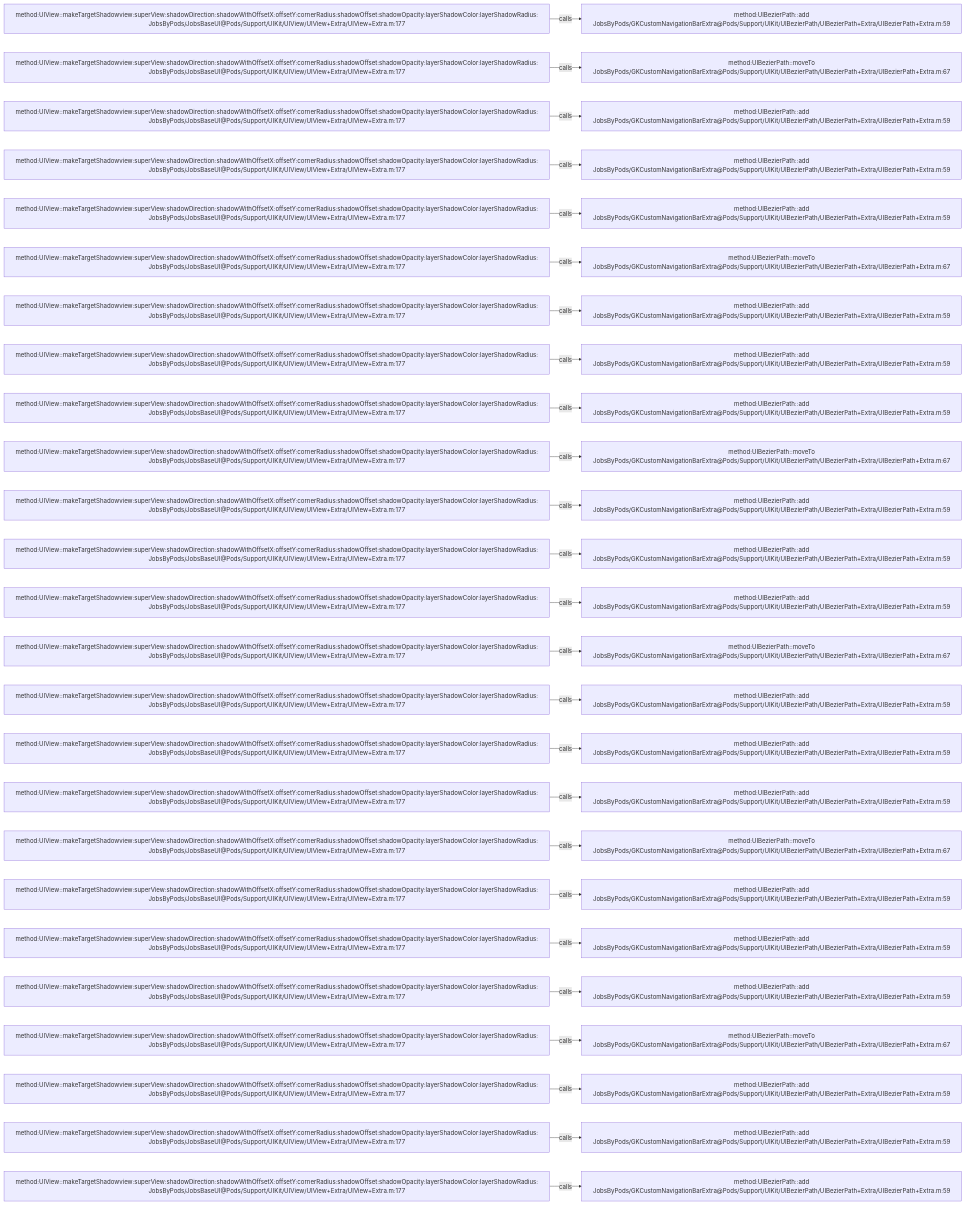
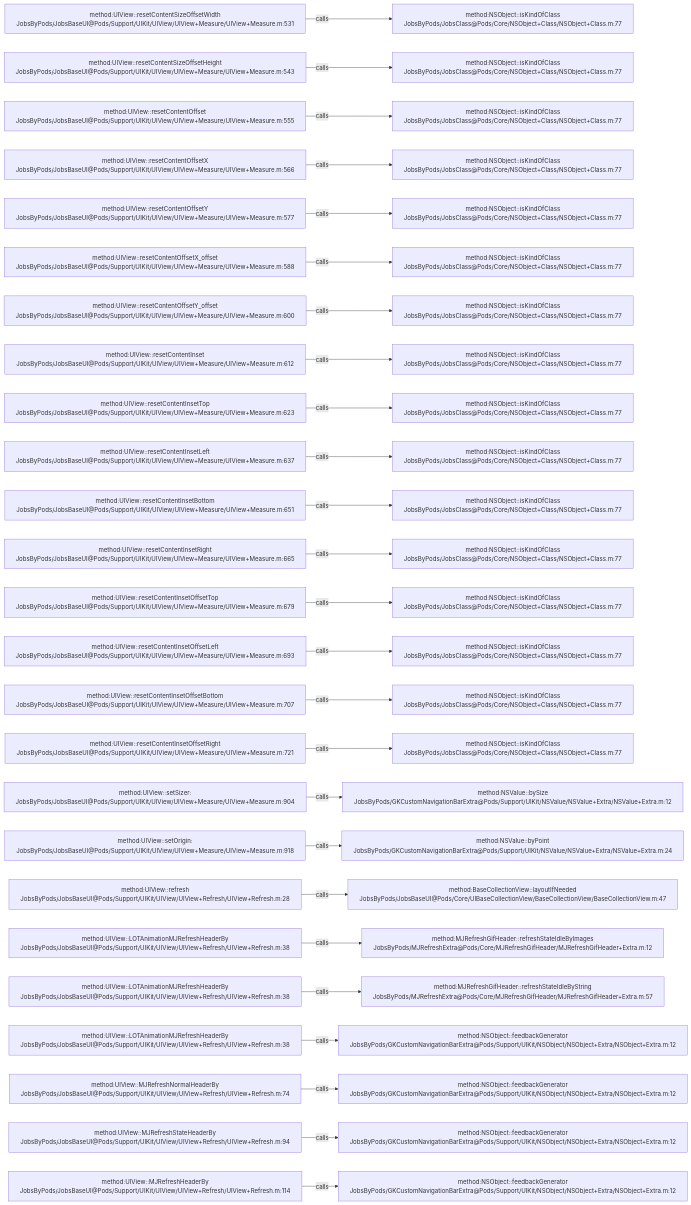
One commit to JobsKits/JobsOCBaseConfigDemo changed the diagram in .codegraph/codegraph.md/graphs/calls-047.md. Above: the diagram before and after it, drawn with Mermaid. The commit also changed 639 other files, not shown here.

````diff
--- a/.codegraph/codegraph.md/graphs/calls-047.md
+++ b/.codegraph/codegraph.md/graphs/calls-047.md
@@ -13,78 +13,78 @@
 ```mermaid
 flowchart LR
-  S1["method:UIView::makeTargetShadowview:superView:shadowDirection:shadowWithOffsetX:offsetY:cornerRadius:shadowOffset:shadowOpacity:layerShadowColor:layerShadowRadius:<br/>JobsByPods/JobsBaseUI@Pods/Support/UIKit/UIView/UIView+Extra/UIView+Extra.m:177"]
-  T1["method:UIBezierPath::add<br/>JobsByPods/GKCustomNavigationBarExtra@Pods/Support/UIKit/UIBezierPath/UIBezierPath+Extra/UIBezierPath+Extra.m:59"]
+  S1["method:UIView::resetContentSizeOffsetWidth<br/>JobsByPods/JobsBaseUI@Pods/Support/UIKit/UIView/UIView+Measure/UIView+Measure.m:531"]
+  T1["method:NSObject::isKindOfClass<br/>JobsByPods/JobsClass@Pods/Core/NSObject+Class/NSObject+Class.m:77"]
   S1 -->|calls| T1
-  S2["method:UIView::makeTargetShadowview:superView:shadowDirection:shadowWithOffsetX:offsetY:cornerRadius:shadowOffset:shadowOpacity:layerShadowColor:layerShadowRadius:<br/>JobsByPods/JobsBaseUI@Pods/Support/UIKit/UIView/UIView+Extra/UIView+Extra.m:177"]
-  T2["method:UIBezierPath::moveTo<br/>JobsByPods/GKCustomNavigationBarExtra@Pods/Support/UIKit/UIBezierPath/UIBezierPath+Extra/UIBezierPath+Extra.m:67"]
+  S2["method:UIView::resetContentSizeOffsetHeight<br/>JobsByPods/JobsBaseUI@Pods/Support/UIKit/UIView/UIView+Measure/UIView+Measure.m:543"]
+  T2["method:NSObject::isKindOfClass<br/>JobsByPods/JobsClass@Pods/Core/NSObject+Class/NSObject+Class.m:77"]
   S2 -->|calls| T2
-  S3["method:UIView::makeTargetShadowview:superView:shadowDirection:shadowWithOffsetX:offsetY:cornerRadius:shadowOffset:shadowOpacity:layerShadowColor:layerShadowRadius:<br/>JobsByPods/JobsBaseUI@Pods/Support/UIKit/UIView/UIView+Extra/UIView+Extra.m:177"]
-  T3["method:UIBezierPath::add<br/>JobsByPods/GKCustomNavigationBarExtra@Pods/Support/UIKit/UIBezierPath/UIBezierPath+Extra/UIBezierPath+Extra.m:59"]
+  S3["method:UIView::resetContentOffset<br/>JobsByPods/JobsBaseUI@Pods/Support/UIKit/UIView/UIView+Measure/UIView+Measure.m:555"]
+  T3["method:NSObject::isKindOfClass<br/>JobsByPods/JobsClass@Pods/Core/NSObject+Class/NSObject+Class.m:77"]
   S3 -->|calls| T3
-  S4["method:UIView::makeTargetShadowview:superView:shadowDirection:shadowWithOffsetX:offsetY:cornerRadius:shadowOffset:shadowOpacity:layerShadowColor:layerShadowRadius:<br/>JobsByPods/JobsBaseUI@Pods/Support/UIKit/UIView/UIView+Extra/UIView+Extra.m:177"]
-  T4["method:UIBezierPath::add<br/>JobsByPods/GKCustomNavigationBarExtra@Pods/Support/UIKit/UIBezierPath/UIBezierPath+Extra/UIBezierPath+Extra.m:59"]
+  S4["method:UIView::resetContentOffsetX<br/>JobsByPods/JobsBaseUI@Pods/Support/UIKit/UIView/UIView+Measure/UIView+Measure.m:566"]
+  T4["method:NSObject::isKindOfClass<br/>JobsByPods/JobsClass@Pods/Core/NSObject+Class/NSObject+Class.m:77"]
   S4 -->|calls| T4
-  S5["method:UIView::makeTargetShadowview:superView:shadowDirection:shadowWithOffsetX:offsetY:cornerRadius:shadowOffset:shadowOpacity:layerShadowColor:layerShadowRadius:<br/>JobsByPods/JobsBaseUI@Pods/Support/UIKit/UIView/UIView+Extra/UIView+Extra.m:177"]
-  T5["method:UIBezierPath::add<br/>JobsByPods/GKCustomNavigationBarExtra@Pods/Support/UIKit/UIBezierPath/UIBezierPath+Extra/UIBezierPath+Extra.m:59"]
+  S5["method:UIView::resetContentOffsetY<br/>JobsByPods/JobsBaseUI@Pods/Support/UIKit/UIView/UIView+Measure/UIView+Measure.m:577"]
+  T5["method:NSObject::isKindOfClass<br/>JobsByPods/JobsClass@Pods/Core/NSObject+Class/NSObject+Class.m:77"]
   S5 -->|calls| T5
-  S6["method:UIView::makeTargetShadowview:superView:shadowDirection:shadowWithOffsetX:offsetY:cornerRadius:shadowOffset:shadowOpacity:layerShadowColor:layerShadowRadius:<br/>JobsByPods/JobsBaseUI@Pods/Support/UIKit/UIView/UIView+Extra/UIView+Extra.m:177"]
-  T6["method:UIBezierPath::moveTo<br/>JobsByPods/GKCustomNavigationBarExtra@Pods/Support/UIKit/UIBezierPath/UIBezierPath+Extra/UIBezierPath+Extra.m:67"]
+  S6["method:UIView::resetContentOffsetX_offset<br/>JobsByPods/JobsBaseUI@Pods/Support/UIKit/UIView/UIView+Measure/UIView+Measure.m:588"]
+  T6["method:NSObject::isKindOfClass<br/>JobsByPods/JobsClass@Pods/Core/NSObject+Class/NSObject+Class.m:77"]
   S6 -->|calls| T6
-  S7["method:UIView::makeTargetShadowview:superView:shadowDirection:shadowWithOffsetX:offsetY:cornerRadius:shadowOffset:shadowOpacity:layerShadowColor:layerShadowRadius:<br/>JobsByPods/JobsBaseUI@Pods/Support/UIKit/UIView/UIView+Extra/UIView+Extra.m:177"]
-  T7["method:UIBezierPath::add<br/>JobsByPods/GKCustomNavigationBarExtra@Pods/Support/UIKit/UIBezierPath/UIBezierPath+Extra/UIBezierPath+Extra.m:59"]
+  S7["method:UIView::resetContentOffsetY_offset<br/>JobsByPods/JobsBaseUI@Pods/Support/UIKit/UIView/UIView+Measure/UIView+Measure.m:600"]
+  T7["method:NSObject::isKindOfClass<br/>JobsByPods/JobsClass@Pods/Core/NSObject+Class/NSObject+Class.m:77"]
   S7 -->|calls| T7
-  S8["method:UIView::makeTargetShadowview:superView:shadowDirection:shadowWithOffsetX:offsetY:cornerRadius:shadowOffset:shadowOpacity:layerShadowColor:layerShadowRadius:<br/>JobsByPods/JobsBaseUI@Pods/Support/UIKit/UIView/UIView+Extra/UIView+Extra.m:177"]
-  T8["method:UIBezierPath::add<br/>JobsByPods/GKCustomNavigationBarExtra@Pods/Support/UIKit/UIBezierPath/UIBezierPath+Extra/UIBezierPath+Extra.m:59"]
+  S8["method:UIView::resetContentInset<br/>JobsByPods/JobsBaseUI@Pods/Support/UIKit/UIView/UIView+Measure/UIView+Measure.m:612"]
+  T8["method:NSObject::isKindOfClass<br/>JobsByPods/JobsClass@Pods/Core/NSObject+Class/NSObject+Class.m:77"]
   S8 -->|calls| T8
-  S9["method:UIView::makeTargetShadowview:superView:shadowDirection:shadowWithOffsetX:offsetY:cornerRadius:shadowOffset:shadowOpacity:layerShadowColor:layerShadowRadius:<br/>JobsByPods/JobsBaseUI@Pods/Support/UIKit/UIView/UIView+Extra/UIView+Extra.m:177"]
-  T9["method:UIBezierPath::add<br/>JobsByPods/GKCustomNavigationBarExtra@Pods/Support/UIKit/UIBezierPath/UIBezierPath+Extra/UIBezierPath+Extra.m:59"]
+  S9["method:UIView::resetContentInsetTop<br/>JobsByPods/JobsBaseUI@Pods/Support/UIKit/UIView/UIView+Measure/UIView+Measure.m:623"]
+  T9["method:NSObject::isKindOfClass<br/>JobsByPods/JobsClass@Pods/Core/NSObject+Class/NSObject+Class.m:77"]
   S9 -->|calls| T9
-  S10["method:UIView::makeTargetShadowview:superView:shadowDirection:shadowWithOffsetX:offsetY:cornerRadius:shadowOffset:shadowOpacity:layerShadowColor:layerShadowRadius:<br/>JobsByPods/JobsBaseUI@Pods/Support/UIKit/UIView/UIView+Extra/UIView+Extra.m:177"]
-  T10["method:UIBezierPath::moveTo<br/>JobsByPods/GKCustomNavigationBarExtra@Pods/Support/UIKit/UIBezierPath/UIBezierPath+Extra/UIBezierPath+Extra.m:67"]
+  S10["method:UIView::resetContentInsetLeft<br/>JobsByPods/JobsBaseUI@Pods/Support/UIKit/UIView/UIView+Measure/UIView+Measure.m:637"]
+  T10["method:NSObject::isKindOfClass<br/>JobsByPods/JobsClass@Pods/Core/NSObject+Class/NSObject+Class.m:77"]
   S10 -->|calls| T10
-  S11["method:UIView::makeTargetShadowview:superView:shadowDirection:shadowWithOffsetX:offsetY:cornerRadius:shadowOffset:shadowOpacity:layerShadowColor:layerShadowRadius:<br/>JobsByPods/JobsBaseUI@Pods/Support/UIKit/UIView/UIView+Extra/UIView+Extra.m:177"]
-  T11["method:UIBezierPath::add<br/>JobsByPods/GKCustomNavigationBarExtra@Pods/Support/UIKit/UIBezierPath/UIBezierPath+Extra/UIBezierPath+Extra.m:59"]
+  S11["method:UIView::resetContentInsetBottom<br/>JobsByPods/JobsBaseUI@Pods/Support/UIKit/UIView/UIView+Measure/UIView+Measure.m:651"]
+  T11["method:NSObject::isKindOfClass<br/>JobsByPods/JobsClass@Pods/Core/NSObject+Class/NSObject+Class.m:77"]
   S11 -->|calls| T11
-  S12["method:UIView::makeTargetShadowview:superView:shadowDirection:shadowWithOffsetX:offsetY:cornerRadius:shadowOffset:shadowOpacity:layerShadowColor:layerShadowRadius:<br/>JobsByPods/JobsBaseUI@Pods/Support/UIKit/UIView/UIView+Extra/UIView+Extra.m:177"]
-  T12["method:UIBezierPath::add<br/>JobsByPods/GKCustomNavigationBarExtra@Pods/Support/UIKit/UIBezierPath/UIBezierPath+Extra/UIBezierPath+Extra.m:59"]
+  S12["method:UIView::resetContentInsetRight<br/>JobsByPods/JobsBaseUI@Pods/Support/UIKit/UIView/UIView+Measure/UIView+Measure.m:665"]
+  T12["method:NSObject::isKindOfClass<br/>JobsByPods/JobsClass@Pods/Core/NSObject+Class/NSObject+Class.m:77"]
   S12 -->|calls| T12
-  S13["method:UIView::makeTargetShadowview:superView:shadowDirection:shadowWithOffsetX:offsetY:cornerRadius:shadowOffset:shadowOpacity:layerShadowColor:layerShadowRadius:<br/>JobsByPods/JobsBaseUI@Pods/Support/UIKit/UIView/UIView+Extra/UIView+Extra.m:177"]
-  T13["method:UIBezierPath::add<br/>JobsByPods/GKCustomNavigationBarExtra@Pods/Support/UIKit/UIBezierPath/UIBezierPath+Extra/UIBezierPath+Extra.m:59"]
+  S13["method:UIView::resetContentInsetOffsetTop<br/>JobsByPods/JobsBaseUI@Pods/Support/UIKit/UIView/UIView+Measure/UIView+Measure.m:679"]
+  T13["method:NSObject::isKindOfClass<br/>JobsByPods/JobsClass@Pods/Core/NSObject+Class/NSObject+Class.m:77"]
   S13 -->|calls| T13
-  S14["method:UIView::makeTargetShadowview:superView:shadowDirection:shadowWithOffsetX:offsetY:cornerRadius:shadowOffset:shadowOpacity:layerShadowColor:layerShadowRadius:<br/>JobsByPods/JobsBaseUI@Pods/Support/UIKit/UIView/UIView+Extra/UIView+Extra.m:177"]
-  T14["method:UIBezierPath::moveTo<br/>JobsByPods/GKCustomNavigationBarExtra@Pods/Support/UIKit/UIBezierPath/UIBezierPath+Extra/UIBezierPath+Extra.m:67"]
+  S14["method:UIView::resetContentInsetOffsetLeft<br/>JobsByPods/JobsBaseUI@Pods/Support/UIKit/UIView/UIView+Measure/UIView+Measure.m:693"]
+  T14["method:NSObject::isKindOfClass<br/>JobsByPods/JobsClass@Pods/Core/NSObject+Class/NSObject+Class.m:77"]
   S14 -->|calls| T14
-  S15["method:UIView::makeTargetShadowview:superView:shadowDirection:shadowWithOffsetX:offsetY:cornerRadius:shadowOffset:shadowOpacity:layerShadowColor:layerShadowRadius:<br/>JobsByPods/JobsBaseUI@Pods/Support/UIKit/UIView/UIView+Extra/UIView+Extra.m:177"]
-  T15["method:UIBezierPath::add<br/>JobsByPods/GKCustomNavigationBarExtra@Pods/Support/UIKit/UIBezierPath/UIBezierPath+Extra/UIBezierPath+Extra.m:59"]
+  S15["method:UIView::resetContentInsetOffsetBottom<br/>JobsByPods/JobsBaseUI@Pods/Support/UIKit/UIView/UIView+Measure/UIView+Measure.m:707"]
+  T15["method:NSObject::isKindOfClass<br/>JobsByPods/JobsClass@Pods/Core/NSObject+Class/NSObject+Class.m:77"]
   S15 -->|calls| T15
-  S16["method:UIView::makeTargetShadowview:superView:shadowDirection:shadowWithOffsetX:offsetY:cornerRadius:shadowOffset:shadowOpacity:layerShadowColor:layerShadowRadius:<br/>JobsByPods/JobsBaseUI@Pods/Support/UIKit/UIView/UIView+Extra/UIView+Extra.m:177"]
-  T16["method:UIBezierPath::add<br/>JobsByPods/GKCustomNavigationBarExtra@Pods/Support/UIKit/UIBezierPath/UIBezierPath+Extra/UIBezierPath+Extra.m:59"]
+  S16["method:UIView::resetContentInsetOffsetRight<br/>JobsByPods/JobsBaseUI@Pods/Support/UIKit/UIView/UIView+Measure/UIView+Measure.m:721"]
+  T16["method:NSObject::isKindOfClass<br/>JobsByPods/JobsClass@Pods/Core/NSObject+Class/NSObject+Class.m:77"]
   S16 -->|calls| T16
-  S17["method:UIView::makeTargetShadowview:superView:shadowDirection:shadowWithOffsetX:offsetY:cornerRadius:shadowOffset:shadowOpacity:layerShadowColor:layerShadowRadius:<br/>JobsByPods/JobsBaseUI@Pods/Support/UIKit/UIView/UIView+Extra/UIView+Extra.m:177"]
-  T17["method:UIBezierPath::add<br/>JobsByPods/GKCustomNavigationBarExtra@Pods/Support/UIKit/UIBezierPath/UIBezierPath+Extra/UIBezierPath+Extra.m:59"]
+  S17["method:UIView::setSizer:<br/>JobsByPods/JobsBaseUI@Pods/Support/UIKit/UIView/UIView+Measure/UIView+Measure.m:904"]
+  T17["method:NSValue::bySize<br/>JobsByPods/GKCustomNavigationBarExtra@Pods/Support/UIKit/NSValue/NSValue+Extra/NSValue+Extra.m:12"]
   S17 -->|calls| T17
-  S18["method:UIView::makeTargetShadowview:superView:shadowDirection:shadowWithOffsetX:offsetY:cornerRadius:shadowOffset:shadowOpacity:layerShadowColor:layerShadowRadius:<br/>JobsByPods/JobsBaseUI@Pods/Support/UIKit/UIView/UIView+Extra/UIView+Extra.m:177"]
-  T18["method:UIBezierPath::moveTo<br/>JobsByPods/GKCustomNavigationBarExtra@Pods/Support/UIKit/UIBezierPath/UIBezierPath+Extra/UIBezierPath+Extra.m:67"]
+  S18["method:UIView::setOrigin:<br/>JobsByPods/JobsBaseUI@Pods/Support/UIKit/UIView/UIView+Measure/UIView+Measure.m:918"]
+  T18["method:NSValue::byPoint<br/>JobsByPods/GKCustomNavigationBarExtra@Pods/Support/UIKit/NSValue/NSValue+Extra/NSValue+Extra.m:24"]
   S18 -->|calls| T18
-  S19["method:UIView::makeTargetShadowview:superView:shadowDirection:shadowWithOffsetX:offsetY:cornerRadius:shadowOffset:shadowOpacity:layerShadowColor:layerShadowRadius:<br/>JobsByPods/JobsBaseUI@Pods/Support/UIKit/UIView/UIView+Extra/UIView+Extra.m:177"]
-  T19["method:UIBezierPath::add<br/>JobsByPods/GKCustomNavigationBarExtra@Pods/Support/UIKit/UIBezierPath/UIBezierPath+Extra/UIBezierPath+Extra.m:59"]
+  S19["method:UIView::refresh<br/>JobsByPods/JobsBaseUI@Pods/Support/UIKit/UIView/UIView+Refresh/UIView+Refresh.m:28"]
+  T19["method:BaseCollectionView::layoutIfNeeded<br/>JobsByPods/JobsBaseUI@Pods/Core/UIBaseCollectionView/BaseCollectionView/BaseCollectionView.m:47"]
   S19 -->|calls| T19
-  S20["method:UIView::makeTargetShadowview:superView:shadowDirection:shadowWithOffsetX:offsetY:cornerRadius:shadowOffset:shadowOpacity:layerShadowColor:layerShadowRadius:<br/>JobsByPods/JobsBaseUI@Pods/Support/UIKit/UIView/UIView+Extra/UIView+Extra.m:177"]
-  T20["method:UIBezierPath::add<br/>JobsByPods/GKCustomNavigationBarExtra@Pods/Support/UIKit/UIBezierPath/UIBezierPath+Extra/UIBezierPath+Extra.m:59"]
+  S20["method:UIView::LOTAnimationMJRefreshHeaderBy<br/>JobsByPods/JobsBaseUI@Pods/Support/UIKit/UIView/UIView+Refresh/UIView+Refresh.m:38"]
+  T20["method:MJRefreshGifHeader::refreshStateIdleByImages<br/>JobsByPods/MJRefreshExtra@Pods/Core/MJRefreshGifHeader/MJRefreshGifHeader+Extra.m:12"]
   S20 -->|calls| T20
-  S21["method:UIView::makeTargetShadowview:superView:shadowDirection:shadowWithOffsetX:offsetY:cornerRadius:shadowOffset:shadowOpacity:layerShadowColor:layerShadowRadius:<br/>JobsByPods/JobsBaseUI@Pods/Support/UIKit/UIView/UIView+Extra/UIView+Extra.m:177"]
-  T21["method:UIBezierPath::add<br/>JobsByPods/GKCustomNavigationBarExtra@Pods/Support/UIKit/UIBezierPath/UIBezierPath+Extra/UIBezierPath+Extra.m:59"]
+  S21["method:UIView::LOTAnimationMJRefreshHeaderBy<br/>JobsByPods/JobsBaseUI@Pods/Support/UIKit/UIView/UIView+Refresh/UIView+Refresh.m:38"]
+  T21["method:MJRefreshGifHeader::refreshStateIdleByString<br/>JobsByPods/MJRefreshExtra@Pods/Core/MJRefreshGifHeader/MJRefreshGifHeader+Extra.m:57"]
   S21 -->|calls| T21
-  S22["method:UIView::makeTargetShadowview:superView:shadowDirection:shadowWithOffsetX:offsetY:cornerRadius:shadowOffset:shadowOpacity:layerShadowColor:layerShadowRadius:<br/>JobsByPods/JobsBaseUI@Pods/Support/UIKit/UIView/UIView+Extra/UIView+Extra.m:177"]
-  T22["method:UIBezierPath::moveTo<br/>JobsByPods/GKCustomNavigationBarExtra@Pods/Support/UIKit/UIBezierPath/UIBezierPath+Extra/UIBezierPath+Extra.m:67"]
+  S22["method:UIView::LOTAnimationMJRefreshHeaderBy<br/>JobsByPods/JobsBaseUI@Pods/Support/UIKit/UIView/UIView+Refresh/UIView+Refresh.m:38"]
+  T22["method:NSObject::feedbackGenerator<br/>JobsByPods/GKCustomNavigationBarExtra@Pods/Support/UIKit/NSObject/NSObject+Extra/NSObject+Extra.m:12"]
   S22 -->|calls| T22
-  S23["method:UIView::makeTargetShadowview:superView:shadowDirection:shadowWithOffsetX:offsetY:cornerRadius:shadowOffset:shadowOpacity:layerShadowColor:layerShadowRadius:<br/>JobsByPods/JobsBaseUI@Pods/Support/UIKit/UIView/UIView+Extra/UIView+Extra.m:177"]
-  T23["method:UIBezierPath::add<br/>JobsByPods/GKCustomNavigationBarExtra@Pods/Support/UIKit/UIBezierPath/UIBezierPath+Extra/UIBezierPath+Extra.m:59"]
+  S23["method:UIView::MJRefreshNormalHeaderBy<br/>JobsByPods/JobsBaseUI@Pods/Support/UIKit/UIView/UIView+Refresh/UIView+Refresh.m:74"]
+  T23["method:NSObject::feedbackGenerator<br/>JobsByPods/GKCustomNavigationBarExtra@Pods/Support/UIKit/NSObject/NSObject+Extra/NSObject+Extra.m:12"]
   S23 -->|calls| T23
-  S24["method:UIView::makeTargetShadowview:superView:shadowDirection:shadowWithOffsetX:offsetY:cornerRadius:shadowOffset:shadowOpacity:layerShadowColor:layerShadowRadius:<br/>JobsByPods/JobsBaseUI@Pods/Support/UIKit/UIView/UIView+Extra/UIView+Extra.m:177"]
-  T24["method:UIBezierPath::add<br/>JobsByPods/GKCustomNavigationBarExtra@Pods/Support/UIKit/UIBezierPath/UIBezierPath+Extra/UIBezierPath+Extra.m:59"]
+  S24["method:UIView::MJRefreshStateHeaderBy<br/>JobsByPods/JobsBaseUI@Pods/Support/UIKit/UIView/UIView+Refresh/UIView+Refresh.m:94"]
+  T24["method:NSObject::feedbackGenerator<br/>JobsByPods/GKCustomNavigationBarExtra@Pods/Support/UIKit/NSObject/NSObject+Extra/NSObject+Extra.m:12"]
   S24 -->|calls| T24
-  S25["method:UIView::makeTargetShadowview:superView:shadowDirection:shadowWithOffsetX:offsetY:cornerRadius:shadowOffset:shadowOpacity:layerShadowColor:layerShadowRadius:<br/>JobsByPods/JobsBaseUI@Pods/Support/UIKit/UIView/UIView+Extra/UIView+Extra.m:177"]
-  T25["method:UIBezierPath::add<br/>JobsByPods/GKCustomNavigationBarExtra@Pods/Support/UIKit/UIBezierPath/UIBezierPath+Extra/UIBezierPath+Extra.m:59"]
+  S25["method:UIView::MJRefreshHeaderBy<br/>JobsByPods/JobsBaseUI@Pods/Support/UIKit/UIView/UIView+Refresh/UIView+Refresh.m:114"]
+  T25["method:NSObject::feedbackGenerator<br/>JobsByPods/GKCustomNavigationBarExtra@Pods/Support/UIKit/NSObject/NSObject+Extra/NSObject+Extra.m:12"]
   S25 -->|calls| T25
 ```
````
